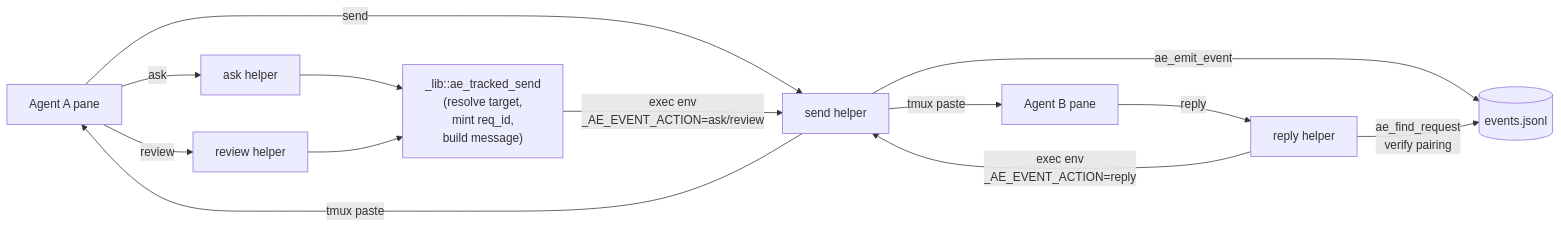
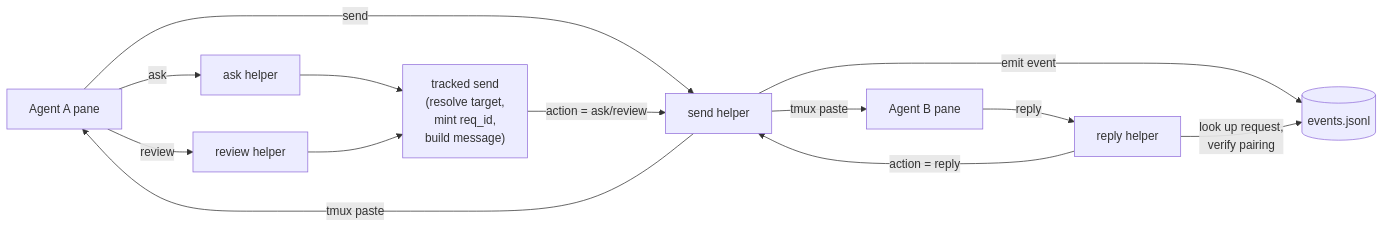
The diagram in docs/reference/helpers.md (clemens33/ae), drawn with Mermaid before and after one commit. The commit also changed other lines of this file and 12 other files, not shown here.

````diff
--- a/docs/reference/helpers.md
+++ b/docs/reference/helpers.md
@@ -22,18 +24,18 @@
 ```mermaid
 flowchart LR
     A[Agent A pane] --send--> S[send helper]
     A --ask--> AK[ask helper]
     A --review--> RV[review helper]
 
-    AK --> TS["_lib::ae_tracked_send<br/>(resolve target,<br/>mint req_id,<br/>build message)"]
+    AK --> TS["tracked send<br/>(resolve target,<br/>mint req_id,<br/>build message)"]
     RV --> TS
-    TS -->|exec env<br/>_AE_EVENT_ACTION=ask/review| S
+    TS -->|action = ask/review| S
 
     S -->|tmux paste| B[Agent B pane]
-    S -->|ae_emit_event| EJ[(events.jsonl)]
+    S -->|emit event| EJ[(events.jsonl)]
 
     B --reply--> RP[reply helper]
-    RP -->|ae_find_request<br/>verify pairing| EJ
-    RP -->|exec env<br/>_AE_EVENT_ACTION=reply| S
+    RP -->|look up request,<br/>verify pairing| EJ
+    RP -->|action = reply| S
     S -->|tmux paste| A
 ```
````
